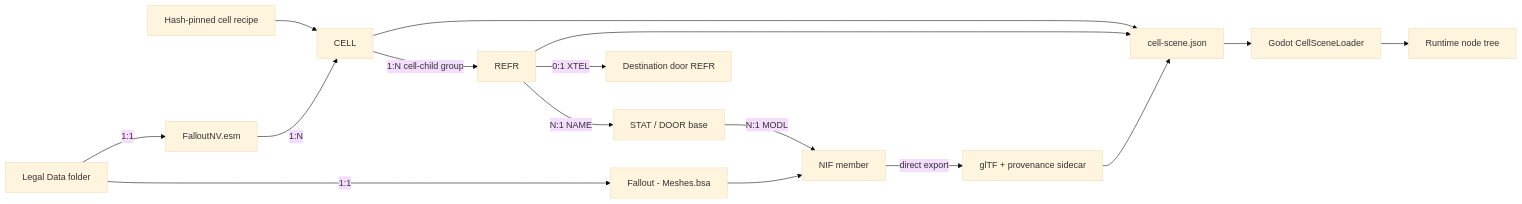
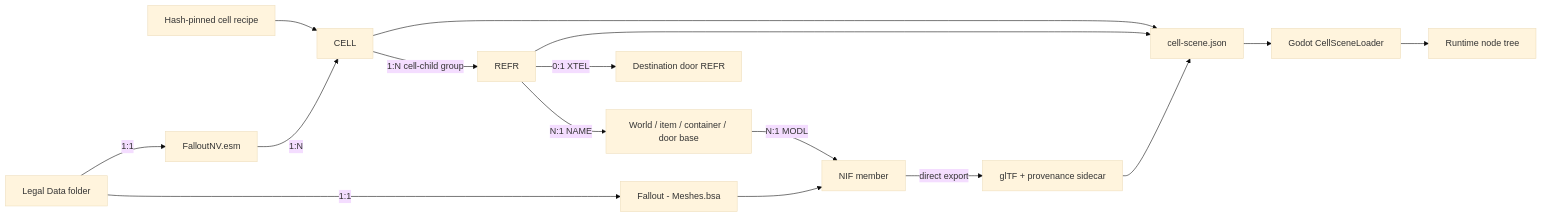
The first of 4 diagrams in docs/architecture.md (nikamigaming-create/OpenNV), drawn with Mermaid (base theme) before and after one commit. The commit also changed other lines of this file and 28 other files, not shown here.

````diff
--- a/docs/architecture.md
+++ b/docs/architecture.md
@@ -9,18 +9,18 @@
 ```mermaid
 flowchart LR
     Install[Legal Data folder] -->|1:1| Master[FalloutNV.esm]
     Install -->|1:1| MeshesBsa[Fallout - Meshes.bsa]
     Recipe[Hash-pinned cell recipe] --> Cell
     Master -->|1:N| Cell[CELL]
     Cell -->|1:N cell-child group| Ref[REFR]
-    Ref -->|N:1 NAME| Base[STAT / DOOR base]
+    Ref -->|N:1 NAME| Base[World / item / container / door base]
     Ref -->|0:1 XTEL| DoorTarget[Destination door REFR]
     Base -->|N:1 MODL| Nif[NIF member]
     MeshesBsa --> Nif
     Nif -->|direct export| Gltf[glTF + provenance sidecar]
     Cell --> Scene[cell-scene.json]
     Ref --> Scene
     Gltf --> Scene
     Scene --> Loader[Godot CellSceneLoader]
     Loader --> Tree[Runtime node tree]
 ```
````
